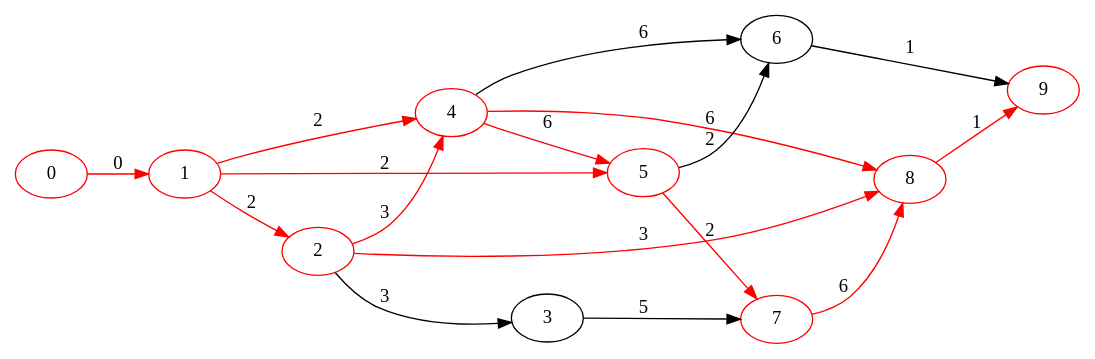
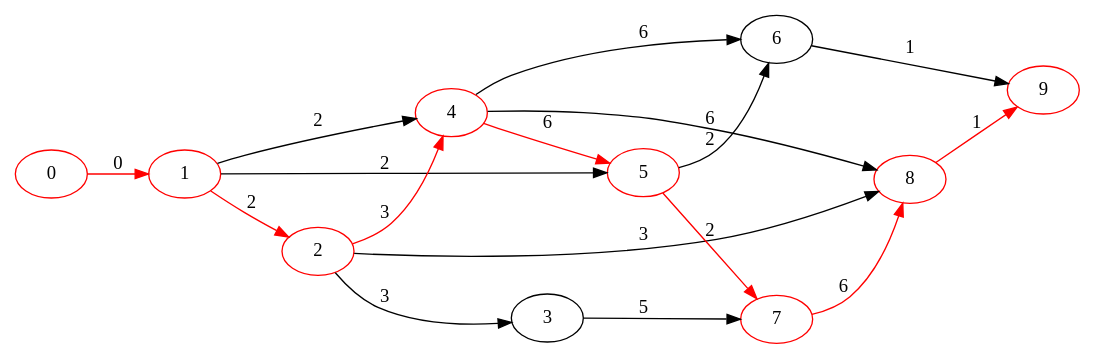
The diagram in out/10.gv (avivi55/graphs), drawn with Graphviz before and after one commit. The commit also changed 25 other files, not shown here.

```diff
--- a/out/10.gv
+++ b/out/10.gv
@@ -1,26 +1,26 @@
 digraph { rankdir=LR
-    "1" [color="red"]
-    "2" [color="red"]
-    "4" [color="red"]
-    "5" [color="red"]
-    "7" [color="red"]
-    "8" [color="red"]
-    "0" [color="red"]
-    "9" [color="red"]
-    "1" -> "2" [label="2" color="red" ] 
-    "1" -> "4" [label="2" color="red" ] 
-    "1" -> "5" [label="2" color="red" ] 
-    "2" -> "3" [label="3"] 
-    "2" -> "4" [label="3" color="red" ] 
-    "2" -> "8" [label="3" color="red" ] 
-    "3" -> "7" [label="5"] 
-    "4" -> "5" [label="6" color="red" ] 
-    "4" -> "6" [label="6"] 
-    "4" -> "8" [label="6" color="red" ] 
-    "5" -> "6" [label="2"] 
-    "5" -> "7" [label="2" color="red" ] 
-    "6" -> "9" [label="1"] 
-    "7" -> "8" [label="6" color="red" ] 
-    "8" -> "9" [label="1" color="red" ] 
-    "0" -> "1" [label="0" color="red" ] 
+    "1" [color="red" label="1"]
+    "2" [color="red" label="2"]
+    "4" [color="red" label="4"]
+    "5" [color="red" label="5"]
+    "7" [color="red" label="7"]
+    "8" [color="red" label="8"]
+    "0" [color="red" label="0"]
+    "9" [color="red" label="9"]
+    "1" -> "2" [label="2" color="red" ]
+    "1" -> "4" [label="2" ]
+    "1" -> "5" [label="2" ]
+    "2" -> "3" [label="3" ]
+    "2" -> "4" [label="3" color="red" ]
+    "2" -> "8" [label="3" ]
+    "3" -> "7" [label="5" ]
+    "4" -> "5" [label="6" color="red" ]
+    "4" -> "6" [label="6" ]
+    "4" -> "8" [label="6" ]
+    "5" -> "6" [label="2" ]
+    "5" -> "7" [label="2" color="red" ]
+    "6" -> "9" [label="1" ]
+    "7" -> "8" [label="6" color="red" ]
+    "8" -> "9" [label="1" color="red" ]
+    "0" -> "1" [label="0" color="red" color="red" ]
 }
```
